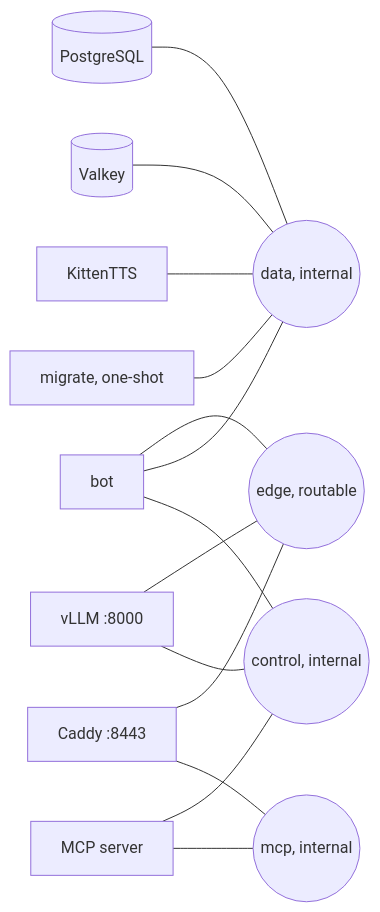
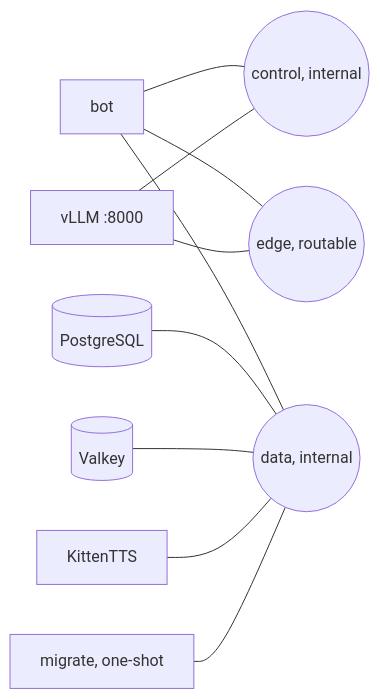
The fifth of 5 diagrams in docs/ARCHITECTURE.md (DeathSurfing/siela-bot), drawn with Mermaid before and after one commit. The commit also changed other lines of this file and 39 other files, not shown here.

First line of the commit message:
chore: retire unused MCP server

````diff
--- a/docs/ARCHITECTURE.md
+++ b/docs/ARCHITECTURE.md
@@ -129,30 +126,23 @@
 ```mermaid
 flowchart LR
   BOT[bot]
   LLM[vLLM :8000]
   PG[(PostgreSQL)]
   VK[(Valkey)]
   TTS[KittenTTS]
   MIG[migrate, one-shot]
-  MCP[MCP server]
-  CADDY[Caddy :8443]
 
   EDGE((edge, routable))
   DATA((data, internal))
   CONTROL((control, internal))
-  MCPNET((mcp, internal))
 
   BOT --- EDGE
   BOT --- DATA
   BOT --- CONTROL
   LLM --- EDGE
   LLM --- CONTROL
   PG --- DATA
   VK --- DATA
   TTS --- DATA
   MIG --- DATA
-  MCP --- CONTROL
-  MCP --- MCPNET
-  CADDY --- EDGE
-  CADDY --- MCPNET
 ```
````
